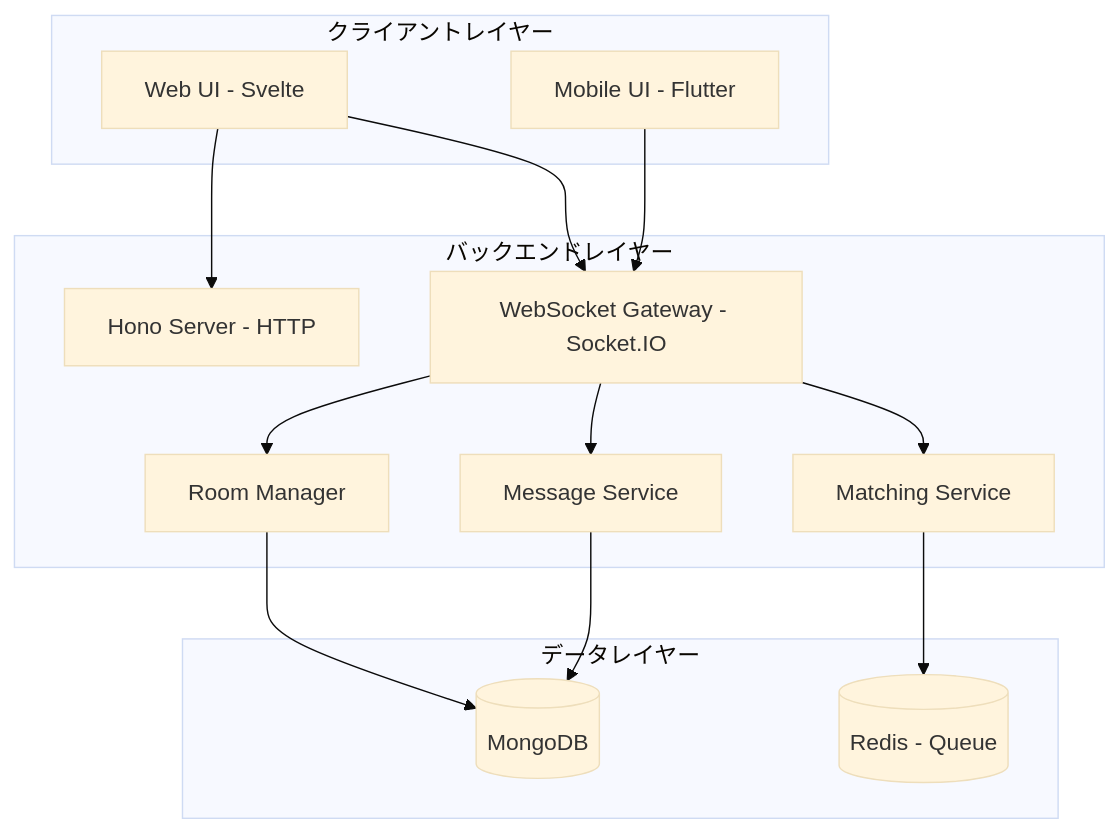
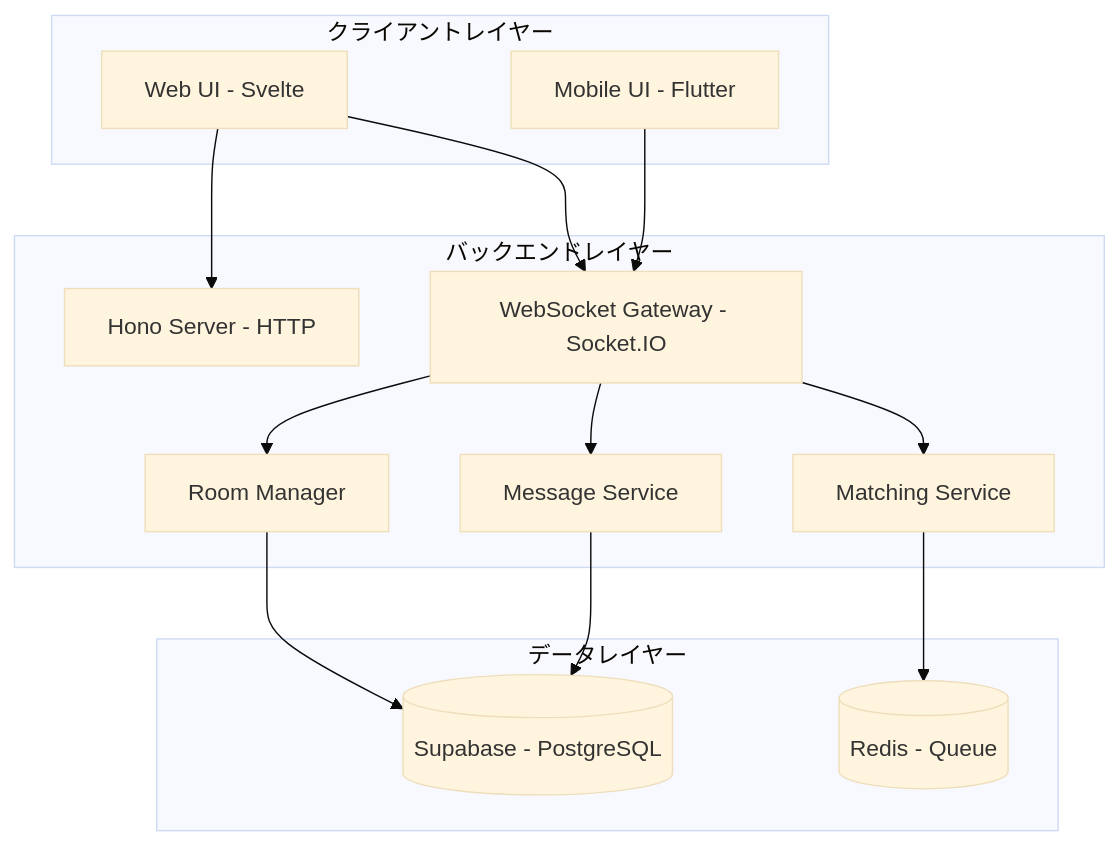
One commit to hiraaaken/cha-chat changed the first of 7 diagrams in .kiro/specs/cha-chat/design.md. Above: the diagram before and after it, drawn with Mermaid (base theme). The commit also changed other lines of this file and 4 other files, not shown here.

````diff
--- a/.kiro/specs/cha-chat/design.md
+++ b/.kiro/specs/cha-chat/design.md
@@ -50,32 +43,32 @@
 ```mermaid
 graph TB
     subgraph ClientLayer[クライアントレイヤー]
         WebUI[Web UI - Svelte]
         MobileUI[Mobile UI - Flutter]
     end
 
     subgraph BackendLayer[バックエンドレイヤー]
         HonoServer[Hono Server - HTTP]
         WSGateway[WebSocket Gateway - Socket.IO]
         MatchingSvc[Matching Service]
         RoomMgr[Room Manager]
         MessageSvc[Message Service]
     end
 
     subgraph DataLayer[データレイヤー]
-        MongoDB[(MongoDB)]
+        Supabase[(Supabase - PostgreSQL)]
         Redis[(Redis - Queue)]
     end
 
     WebUI --> HonoServer
     WebUI --> WSGateway
     MobileUI --> WSGateway
 
     WSGateway --> MatchingSvc
     WSGateway --> RoomMgr
     WSGateway --> MessageSvc
 
     MatchingSvc --> Redis
-    RoomMgr --> MongoDB
-    MessageSvc --> MongoDB
+    RoomMgr --> Supabase
+    MessageSvc --> Supabase
 ```
````
